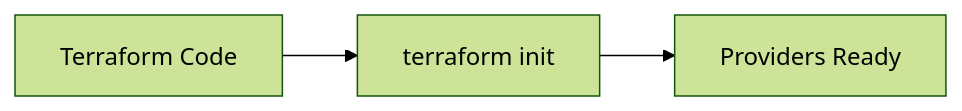
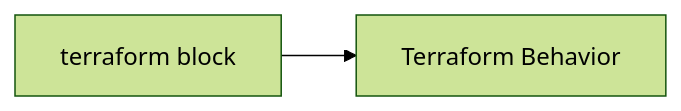
Before and after one commit to arira-ai/ar_terraform: the first of 4 diagrams in 02-Terrafrom_Blocks/02.01-Terraform_Language.md, drawn with Mermaid (forest theme). The commit also changed other lines of this file, not shown here.

````diff
--- a/02-Terrafrom_Blocks/02.01-Terraform_Language.md
+++ b/02-Terrafrom_Blocks/02.01-Terraform_Language.md
@@ -47,5 +77,4 @@
 ```mermaid
 flowchart LR
-A[Terraform Code] --> B[terraform init]
-B --> C[Providers Ready]
+A[terraform block] --> B[Terraform Behavior]
 ```
````
